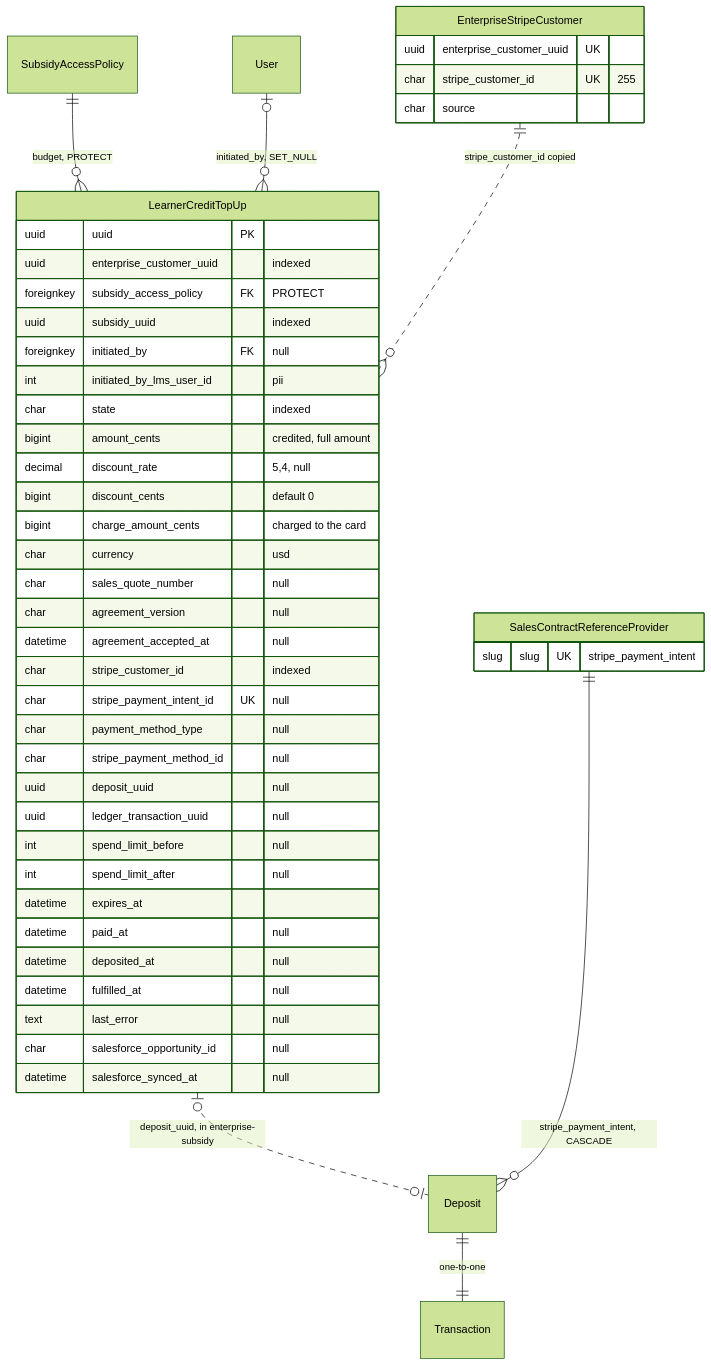
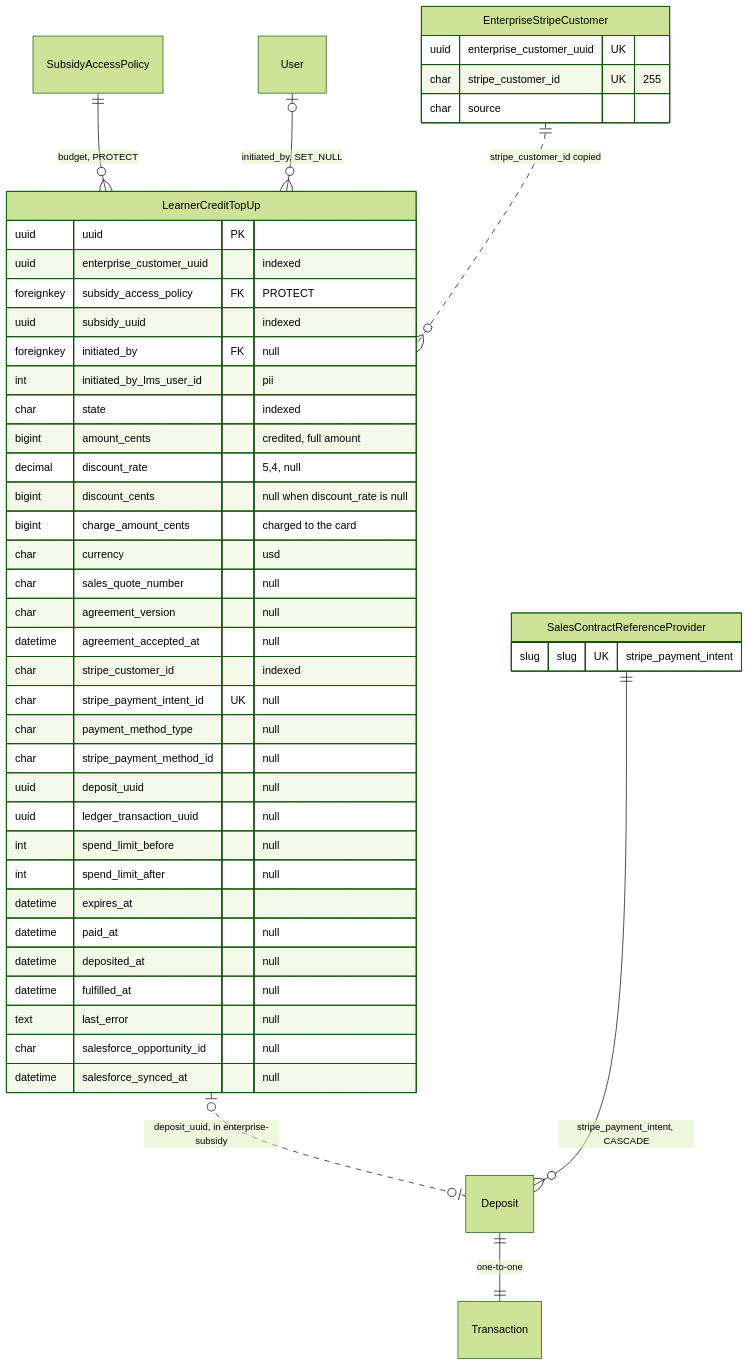
One commit to edx/enterprise-access changed the second of 3 diagrams in docs/plans/impl-plan.md. Above: the diagram before and after it, drawn with Mermaid (forest theme). The commit also changed other lines of this file and 1 other file, not shown here.

````diff
--- a/docs/plans/impl-plan.md
+++ b/docs/plans/impl-plan.md
@@ -543,50 +544,50 @@
 ```mermaid
 erDiagram
     SubsidyAccessPolicy ||--o{ LearnerCreditTopUp : "budget, PROTECT"
     User |o--o{ LearnerCreditTopUp : "initiated_by, SET_NULL"
     EnterpriseStripeCustomer ||..o{ LearnerCreditTopUp : "stripe_customer_id copied"
     LearnerCreditTopUp |o..o| Deposit : "deposit_uuid, in enterprise-subsidy"
     Deposit ||--|| Transaction : "one-to-one"
     SalesContractReferenceProvider ||--o{ Deposit : "stripe_payment_intent, CASCADE"
 
     LearnerCreditTopUp {
         uuid uuid PK
         uuid enterprise_customer_uuid "indexed"
         foreignkey subsidy_access_policy FK "PROTECT"
         uuid subsidy_uuid "indexed"
         foreignkey initiated_by FK "null"
         int initiated_by_lms_user_id "pii"
         char state "indexed"
         bigint amount_cents "credited, full amount"
         decimal discount_rate "5,4, null"
-        bigint discount_cents "default 0"
+        bigint discount_cents "null when discount_rate is null"
         bigint charge_amount_cents "charged to the card"
         char currency "usd"
         char sales_quote_number "null"
         char agreement_version "null"
         datetime agreement_accepted_at "null"
         char stripe_customer_id "indexed"
         char stripe_payment_intent_id UK "null"
         char payment_method_type "null"
         char stripe_payment_method_id "null"
         uuid deposit_uuid "null"
         uuid ledger_transaction_uuid "null"
         int spend_limit_before "null"
         int spend_limit_after "null"
         datetime expires_at
         datetime paid_at "null"
         datetime deposited_at "null"
         datetime fulfilled_at "null"
         text last_error "null"
         char salesforce_opportunity_id "null"
         datetime salesforce_synced_at "null"
     }
     EnterpriseStripeCustomer {
         uuid enterprise_customer_uuid UK
         char stripe_customer_id UK "255"
         char source
     }
     SalesContractReferenceProvider {
         slug slug UK "stripe_payment_intent"
     }
 ```
````
